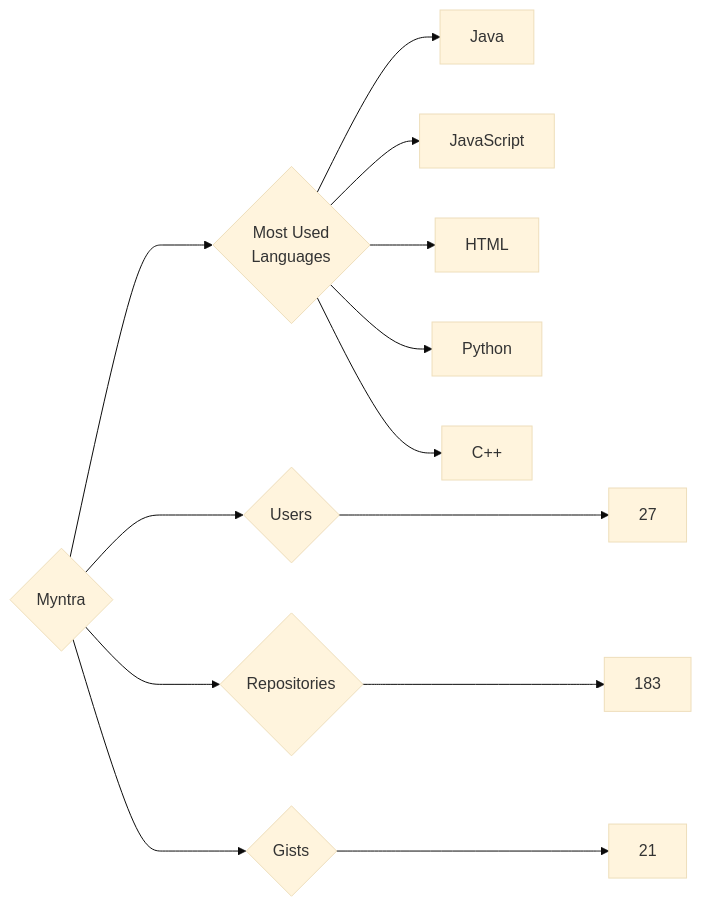
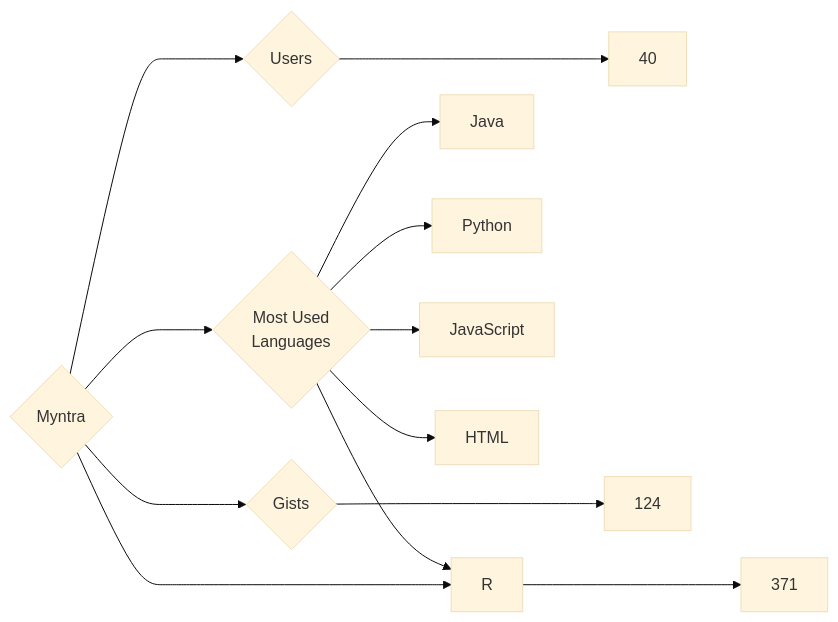
One commit to trickest/insiders changed the diagram in targets/Myntra/README.md. Above: the diagram before and after it, drawn with Mermaid (base theme). The commit also changed 965 other files, not shown here.

````diff
--- a/targets/Myntra/README.md
+++ b/targets/Myntra/README.md
@@ -3,13 +3,13 @@
 ```mermaid
 graph LR
 COMPANY_NAME{Myntra}
-COMPANY_NAME ---> U{Users} ---> UN[27]
-COMPANY_NAME ---> R{Repositories} ---> RN[183]
-COMPANY_NAME ---> G{Gists} ---> GN[21]
+COMPANY_NAME ---> U{Users} ---> UN[40]
+COMPANY_NAME ---> R{Repositories} ---> RN[371]
+COMPANY_NAME ---> G{Gists} ---> GN[124]
 COMPANY_NAME ---> ML{Most Used<br>Languages}
 ML --> Java[Java]
+ML --> R[R]
+ML --> Python[Python]
 ML --> JavaScript[JavaScript]
 ML --> HTML[HTML]
-ML --> Python[Python]
-ML --> C++[C++]
 ```
````
